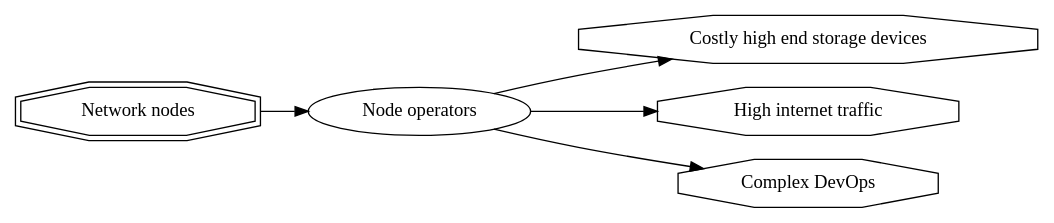
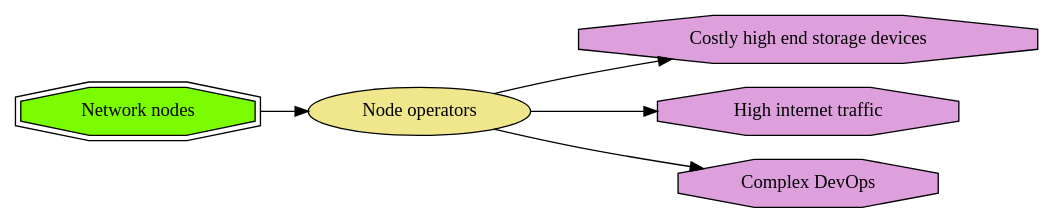
Before and after one commit to ledgerwatch/eth_state: the eighth of 13 diagrams in Ethereum1x_definition.md, drawn with Graphviz. The commit also changed other lines of this file, not shown here.

````diff
--- a/Ethereum1x_definition.md
+++ b/Ethereum1x_definition.md
@@ -98,14 +97,14 @@
 ```graphviz
 digraph node_ops {
 rankdir=LR;
-node_ops [label="Node operators"];
-nodes [label="Network nodes" shape="doubleoctagon"];
+node_ops [label="Node operators" style=filled fillcolor=khaki];
+nodes [label="Network nodes" shape=doubleoctagon style=filled fillcolor=lawngreen];
 nodes -> node_ops;
-storage_devices [label="Costly high end storage devices" shape="octagon"];
-traffic [label="High internet traffic" shape="octagon"];
-dev_ops [label="Complex DevOps" shape="octagon"]
+storage_devices [label="Costly high end storage devices" shape=octagon style=filled fillcolor=plum];
+traffic [label="High internet traffic" shape=octagon style=filled fillcolor=plum];
+dev_ops [label="Complex DevOps" shape=octagon style=filled fillcolor=plum]
 node_ops -> storage_devices;
 node_ops -> traffic;
 node_ops -> dev_ops;
 }
 ```
````
